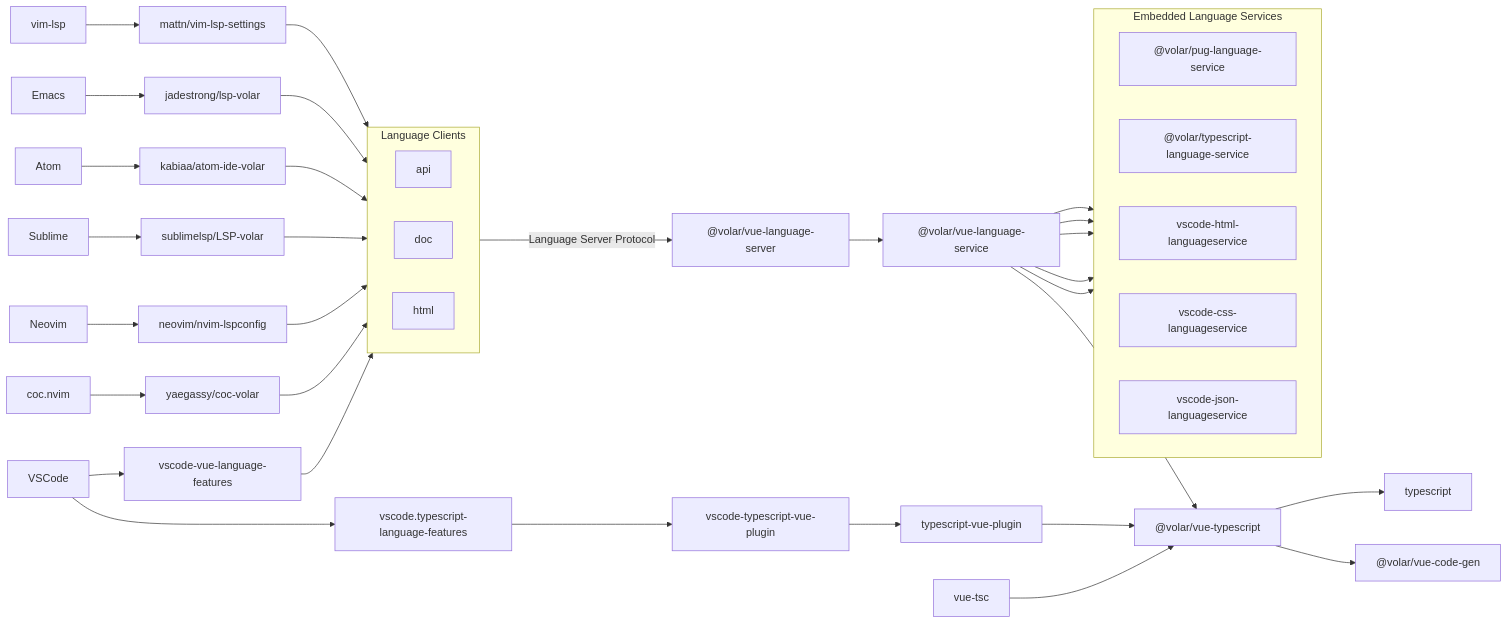
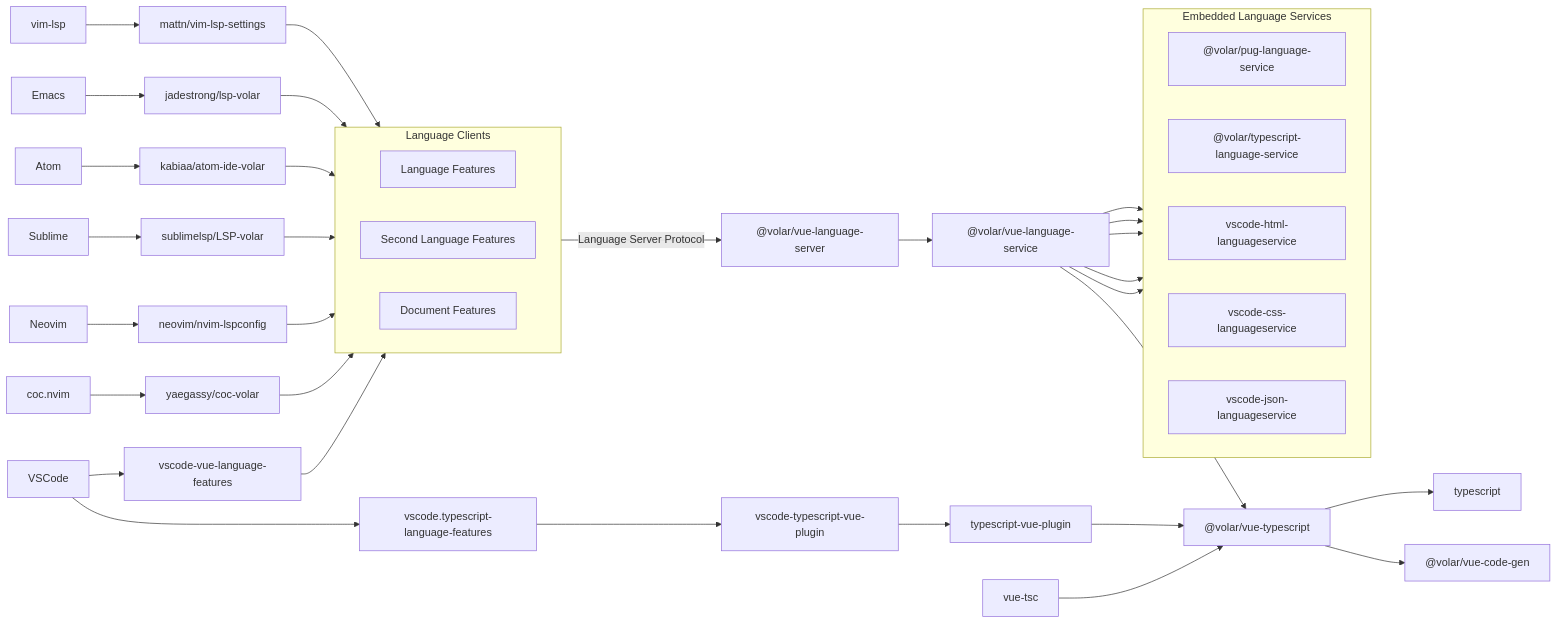
One commit to vuejs/language-tools changed the diagram in README.md. Above: the diagram before and after it, drawn with Mermaid. The commit also changed 3 other files, not shown here.

```diff
--- a/README.md
+++ b/README.md
@@ -104,9 +104,9 @@
 
     subgraph VUE_CLIENTS[Language Clients]
       direction LR
-      VUE_CLIENT_API[api]
-      VUE_CLIENT_DOC[doc]
-      VUE_CLIENT_HTML[html]
+      VUE_CLIENT_API[Language Features]
+      VUE_CLIENT_DOC[Second Language Features]
+      VUE_CLIENT_HTML[Document Features]
     end
 
     click VUE_CLIENT_API "https://github.com/johnsoncodehk/volar/discussions/393#discussioncomment-1213736"
```
